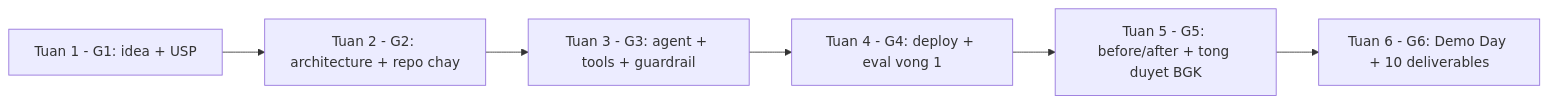
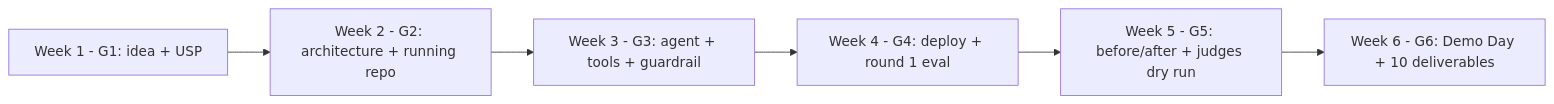
The diagram in knowledge-base/technical-book/chapter-01.md (Dokhacgiakhoa/Project-Builder-4-Agents), drawn with Mermaid before and after one commit. The commit also changed other lines of this file and 62 other files, not shown here.

````diff
--- a/knowledge-base/technical-book/chapter-01.md
+++ b/knowledge-base/technical-book/chapter-01.md
@@ -6,8 +6,8 @@
 ```mermaid
 flowchart LR
-    W1[Tuan 1 - G1: idea + USP] --> W2[Tuan 2 - G2: architecture + repo chay]
-    W2 --> W3[Tuan 3 - G3: agent + tools + guardrail]
-    W3 --> W4[Tuan 4 - G4: deploy + eval vong 1]
-    W4 --> W5["Tuan 5 - G5: before/after + tong duyet BGK"]
-    W5 --> W6[Tuan 6 - G6: Demo Day + 10 deliverables]
+    W1["Week 1 - G1: idea + USP"] --> W2["Week 2 - G2: architecture + running repo"]
+    W2 --> W3["Week 3 - G3: agent + tools + guardrail"]
+    W3 --> W4["Week 4 - G4: deploy + round 1 eval"]
+    W4 --> W5["Week 5 - G5: before/after + judges dry run"]
+    W5 --> W6["Week 6 - G6: Demo Day + 10 deliverables"]
 ```
````
